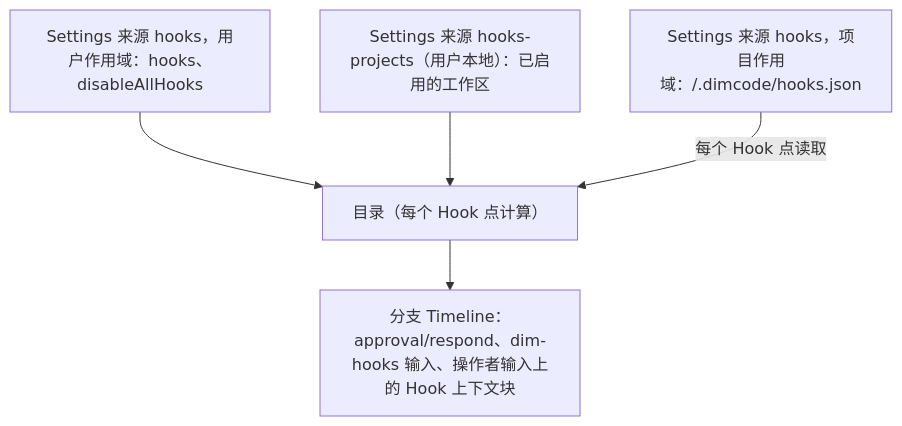
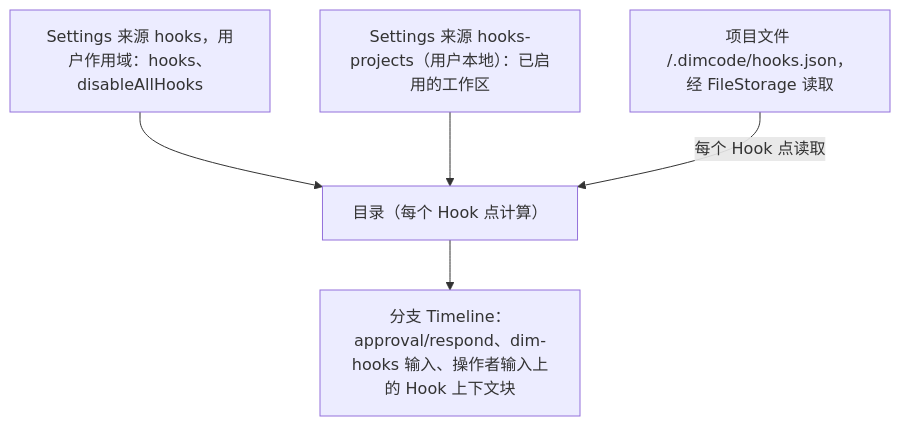
One commit to CoutinhoTTS/dim-agent changed the second of 6 diagrams in docs/zh/design/plugins/Hooks.md. Above: the diagram before and after it, drawn with Mermaid. The commit also changed other lines of this file and 13 other files, not shown here.

````diff
--- a/docs/zh/design/plugins/Hooks.md
+++ b/docs/zh/design/plugins/Hooks.md
@@ -87,12 +89,12 @@
 ```mermaid
 flowchart TB
   User["Settings 来源 hooks，用户作用域：hooks、disableAllHooks"]
-  Proj["Settings 来源 hooks，项目作用域：<workspace>/.dimcode/hooks.json"]
+  Proj["项目文件 <workspace>/.dimcode/hooks.json，经 FileStorage 读取"]
   Enable["Settings 来源 hooks-projects（用户本地）：已启用的工作区"]
   Cat["目录（每个 Hook 点计算）"]
   TL["分支 Timeline：approval/respond、dim-hooks 输入、操作者输入上的 Hook 上下文块"]
   User --> Cat
   Enable --> Cat
   Proj -->|"每个 Hook 点读取"| Cat
   Cat --> TL
 ```
````
